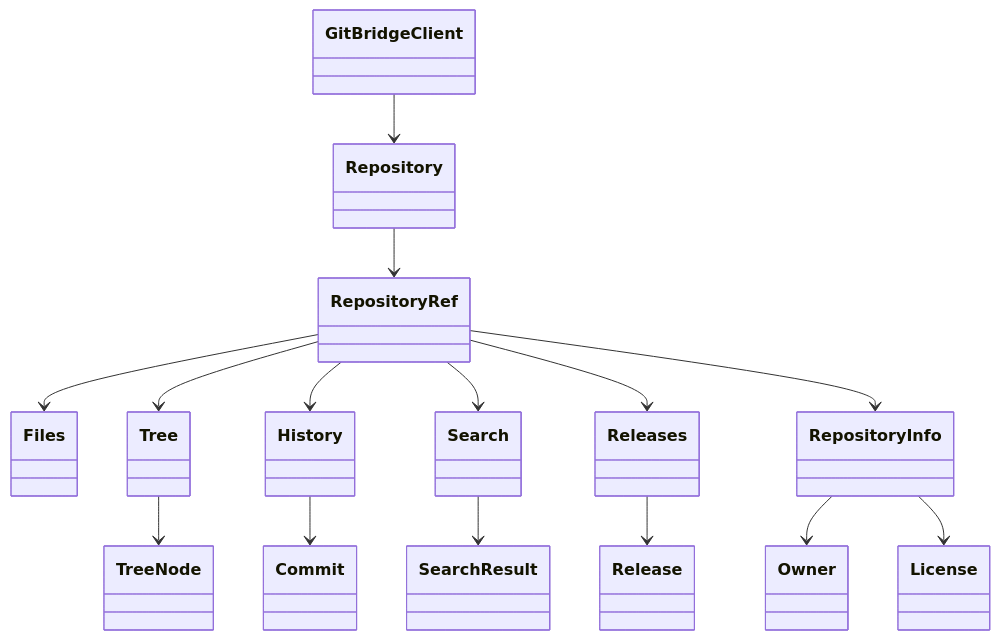
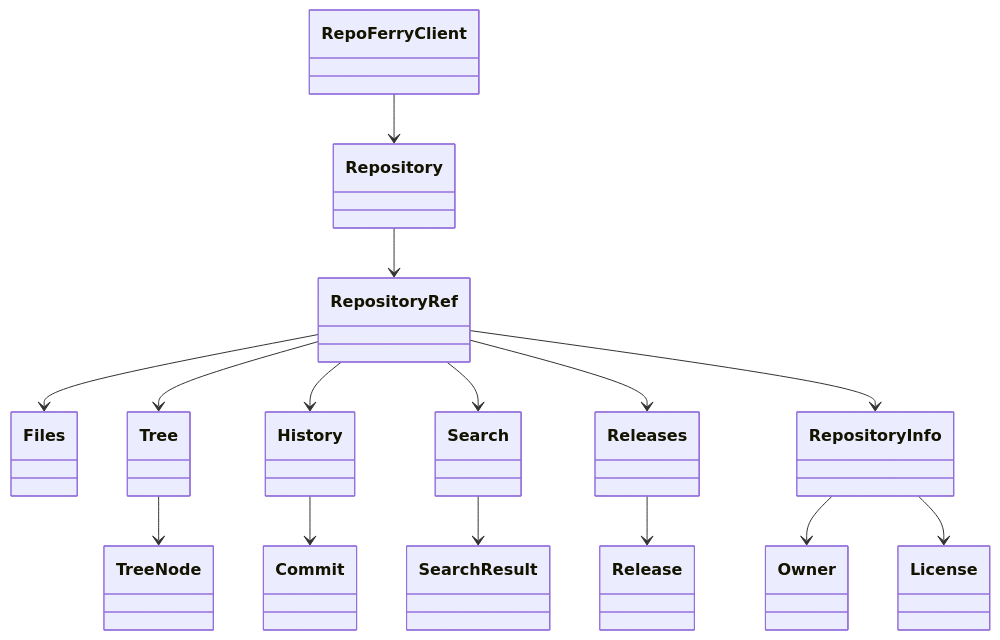
Before and after one commit to mriduldey/git-bridge: the first of 4 diagrams in docs/architecture/adr/ADR-002.md, drawn with Mermaid. The commit also changed other lines of this file and 119 other files, not shown here.

````diff
--- a/docs/architecture/adr/ADR-002.md
+++ b/docs/architecture/adr/ADR-002.md
@@ -198,22 +198,22 @@
 ```mermaid
 classDiagram
 
-GitBridgeClient --> Repository
+RepoFerryClient --> Repository
 Repository --> RepositoryRef
 
 RepositoryRef --> Files
 RepositoryRef --> Tree
 RepositoryRef --> History
 RepositoryRef --> Search
 RepositoryRef --> Releases
 
 RepositoryRef --> RepositoryInfo
 
 RepositoryInfo --> Owner
 RepositoryInfo --> License
 
 History --> Commit
 Releases --> Release
 Tree --> TreeNode
 Search --> SearchResult
 ```
````
